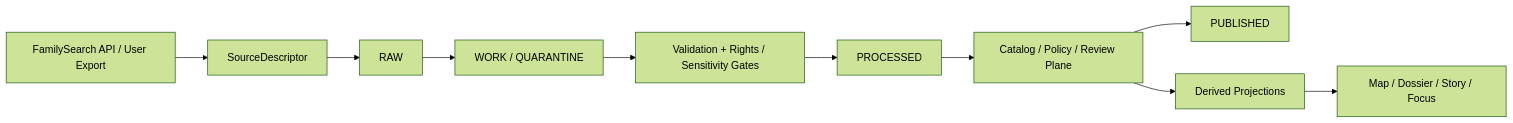
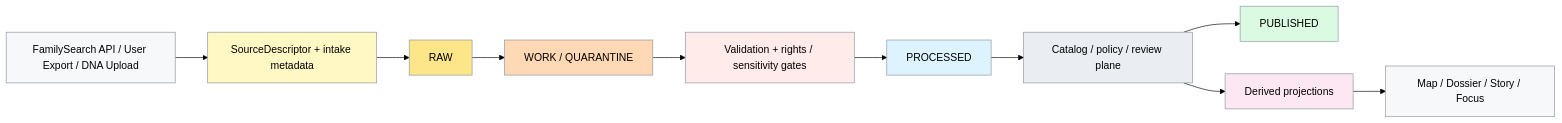
One commit to bartytime4life/Kansas-Frontier-Matrix changed the diagram in docs/connectors/genealogy/README.md. Above: the diagram before and after it, drawn with Mermaid (forest theme). The commit also changed other lines of this file, not shown here.

````diff
--- a/docs/connectors/genealogy/README.md
+++ b/docs/connectors/genealogy/README.md
@@ -184,12 +260,23 @@
 ```mermaid
 flowchart LR
-    A[FamilySearch API / User Export] --> B[SourceDescriptor]
-    B --> C[RAW]
-    C --> D[WORK / QUARANTINE]
-    D --> E[Validation + Rights / Sensitivity Gates]
-    E --> F[PROCESSED]
-    F --> G[Catalog / Policy / Review Plane]
-    G --> H[PUBLISHED]
-    G --> I[Derived Projections]
-    I --> J[Map / Dossier / Story / Focus]
+    A["FamilySearch API / User Export / DNA Upload"] --> B["SourceDescriptor + intake metadata"]
+    B --> C["RAW"]
+    C --> D["WORK / QUARANTINE"]
+    D --> E["Validation + rights / sensitivity gates"]
+    E --> F["PROCESSED"]
+    F --> G["Catalog / policy / review plane"]
+    G --> H["PUBLISHED"]
+    G --> I["Derived projections"]
+    I --> J["Map / Dossier / Story / Focus"]
+
+    style A fill:#f6f8fa,stroke:#8b949e
+    style B fill:#fff8c5,stroke:#8b949e
+    style C fill:#fde68a,stroke:#8b949e
+    style D fill:#ffd8b5,stroke:#8b949e
+    style E fill:#ffebe9,stroke:#8b949e
+    style F fill:#ddf4ff,stroke:#8b949e
+    style G fill:#eaeef2,stroke:#8b949e
+    style H fill:#dafbe1,stroke:#8b949e
+    style I fill:#fce7f3,stroke:#8b949e
+    style J fill:#f6f8fa,stroke:#8b949e
 ```
````
